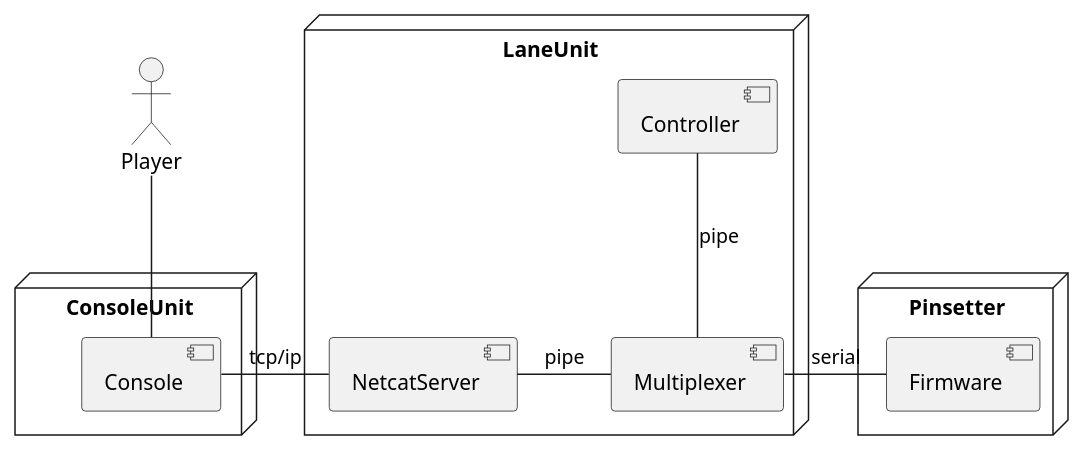
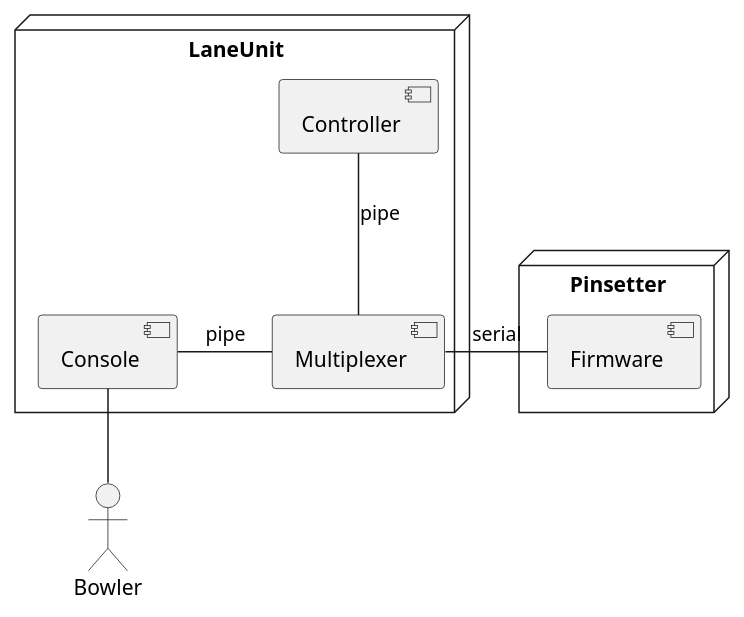
The second of 4 diagrams in docs/protocols.md (java-to-kotlin/kotlin-tdd-workshop), drawn with PlantUML before and after one commit. The commit also changed other lines of this file, not shown here.

Commit message:
Simplify architecture diagrams

````diff
--- a/docs/protocols.md
+++ b/docs/protocols.md
@@ -26,27 +31,18 @@
 ```plantuml
-@startuml
-
-actor Player
-
 node Pinsetter {
     component Firmware
 }
 
 node LaneUnit {
-    component NetcatServer
     component Controller
     component Multiplexer
-}
-
-node ConsoleUnit { 
     component Console
 }
 
-Player -d- Console
-Console -r- NetcatServer : "tcp/ip"
-NetcatServer -r- Multiplexer : pipe
+Console -r- Multiplexer : pipe
 Controller -d- Multiplexer : pipe
 Multiplexer -r- Firmware : serial
 
-@enduml
+actor  Bowler
+Bowler -u- Console
 ```
````
